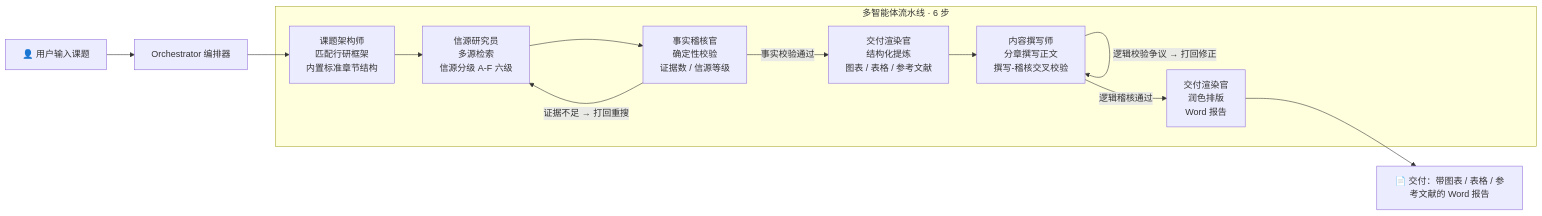
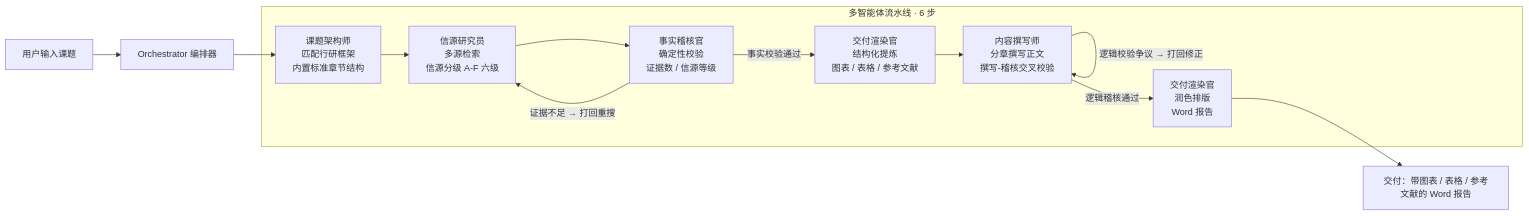
Before and after one commit to yuyu-0808/eco-research-copilot: the diagram in README.md, drawn with Mermaid. The commit also changed other lines of this file, not shown here.

````diff
--- a/README.md
+++ b/README.md
@@ -45,18 +45,18 @@
 ```mermaid
 flowchart LR
-    U[👤 用户输入课题] --> O[Orchestrator 编排器]
+    U[用户输入课题] --> O[Orchestrator 编排器]
     subgraph Pipeline["多智能体流水线 · 6 步"]
         A1[课题架构师<br/>匹配行研框架<br/>内置标准章节结构]
         A2[信源研究员<br/>多源检索<br/>信源分级 A-F 六级]
         A3[事实稽核官<br/>确定性校验<br/>证据数 / 信源等级]
         A4[交付渲染官<br/>结构化提炼<br/>图表 / 表格 / 参考文献]
         A5[内容撰写师<br/>分章撰写正文<br/>撰写-稽核交叉校验]
         A6[交付渲染官<br/>润色排版<br/>Word 报告]
     end
     O --> A1 --> A2 --> A3
     A3 -- "证据不足 → 打回重搜" --> A2
     A3 -- "事实校验通过" --> A4 --> A5
     A5 -- "逻辑校验争议 → 打回修正" --> A5
     A5 -- "逻辑稽核通过" --> A6
-    A6 --> D[📄 交付：带图表 / 表格 / 参考文献的 Word 报告]
+    A6 --> D[交付：带图表 / 表格 / 参考文献的 Word 报告]
 ```
````
